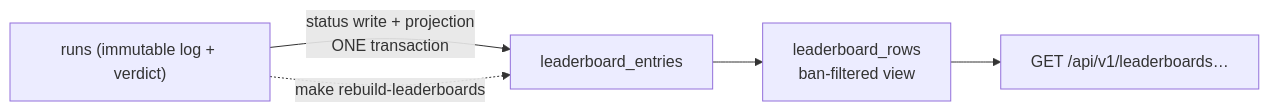
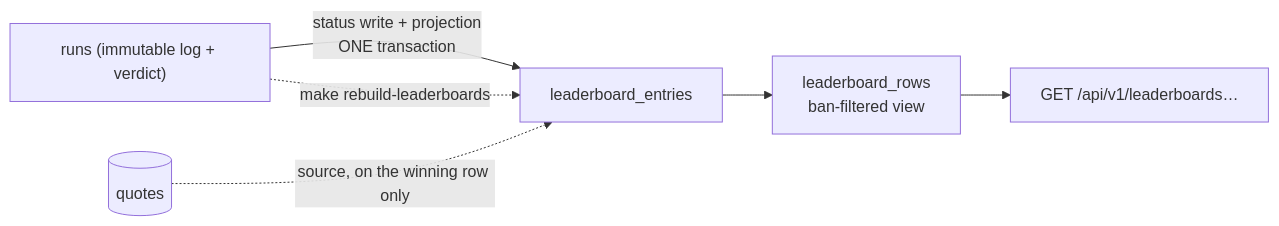
Before and after one commit to Eg0r0k/TypeMore_back: the diagram in docs/LEADERBOARDS.md, drawn with Mermaid. The commit also changed other lines of this file and 18 other files, not shown here.

````diff
--- a/docs/LEADERBOARDS.md
+++ b/docs/LEADERBOARDS.md
@@ -14,7 +19,8 @@
 ```mermaid
 flowchart LR
   R["runs (immutable log + verdict)"] -->|status write + projection<br/>ONE transaction| E[leaderboard_entries]
   R -.->|make rebuild-leaderboards| E
+  Q[(quotes)] -.->|source, on the winning row only| E
   E --> V[leaderboard_rows<br/>ban-filtered view]
   V --> API["GET /api/v1/leaderboards…"]
 ```
````
